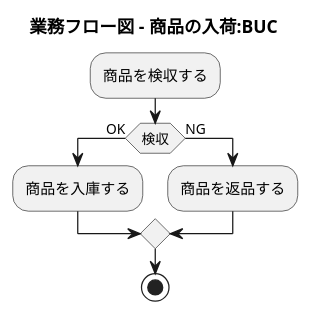
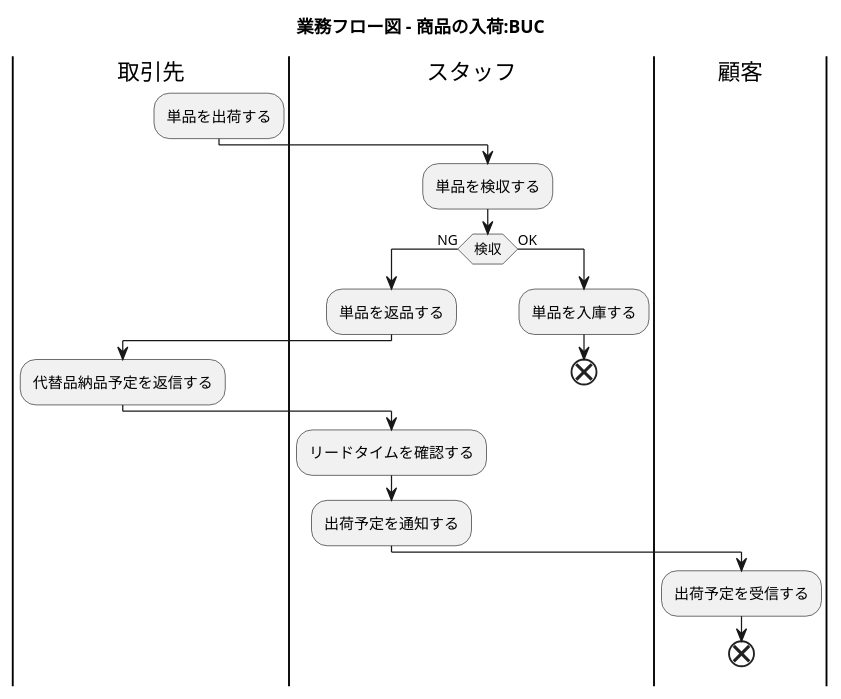
One commit to k2works/application_programing_excercise_2022 changed diagram 13 of 21 in docs/index.adoc. Above: the diagram before and after it, drawn with PlantUML. The commit also changed other lines of this file, not shown here.

```diff
--- a/docs/index.adoc
+++ b/docs/index.adoc
@@ -388,18 +456,27 @@
 [plantuml]
 ----
 @startuml
 
 title 業務フロー図 - 商品の入荷:BUC
-
+|取引先|
+:単品を出荷する;
 |スタッフ|
-:商品を検収する;
-if (検収) then (OK)
- :商品を入庫する;
-else (NG)
- :商品を返品する;
+:単品を検収する;
+if (検収) then (NG)
+ :単品を返品する;
+ |取引先|
+ :代替品納品予定を返信する;
+ |スタッフ|
+ :リードタイムを確認する;
+ :出荷予定を通知する;
+ |顧客|
+ :出荷予定を受信する;
+ end
+else (OK)
+ |スタッフ|
+ :単品を入庫する;
+ end
 endif
-
-stop
 
 @enduml
 ----
```
